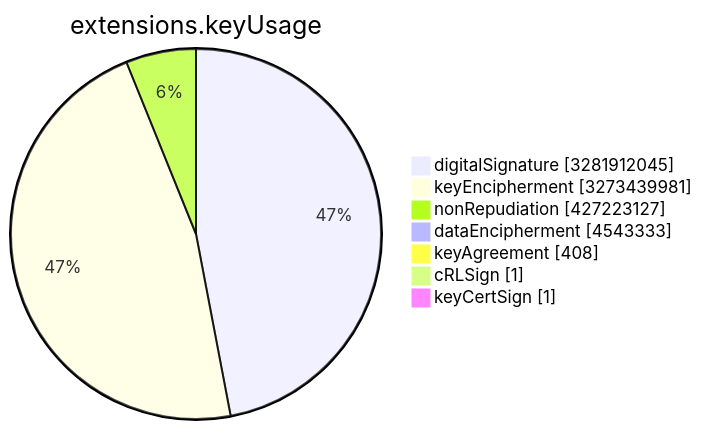
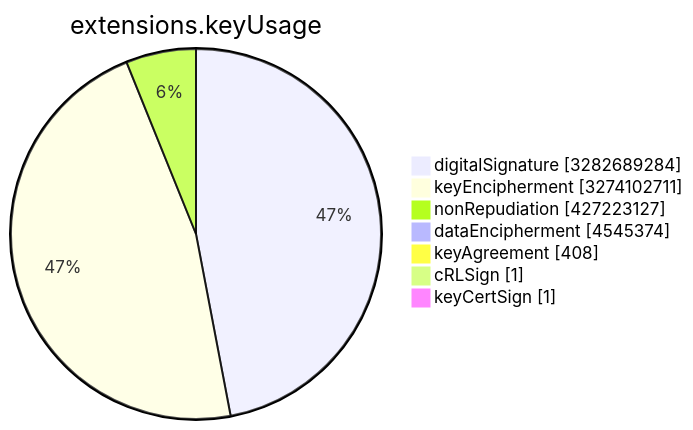
Before and after one commit to christiankrug/ctmonitor_visualization: the sixth of 15 diagrams in TOTAL/README.md, drawn with Mermaid. The commit also changed other lines of this file, not shown here.

````diff
--- a/TOTAL/README.md
+++ b/TOTAL/README.md
@@ -3078,11 +3078,11 @@
 ```mermaid
 pie showData
 title extensions.keyUsage
-"digitalSignature" :3281912045
-"keyEncipherment" :3273439981
+"digitalSignature" :3282689284
+"keyEncipherment" :3274102711
 "nonRepudiation" :427223127
-"dataEncipherment" :4543333
+"dataEncipherment" :4545374
 "keyAgreement" :408
 "cRLSign" :1
 "keyCertSign" :1
 ```
````
